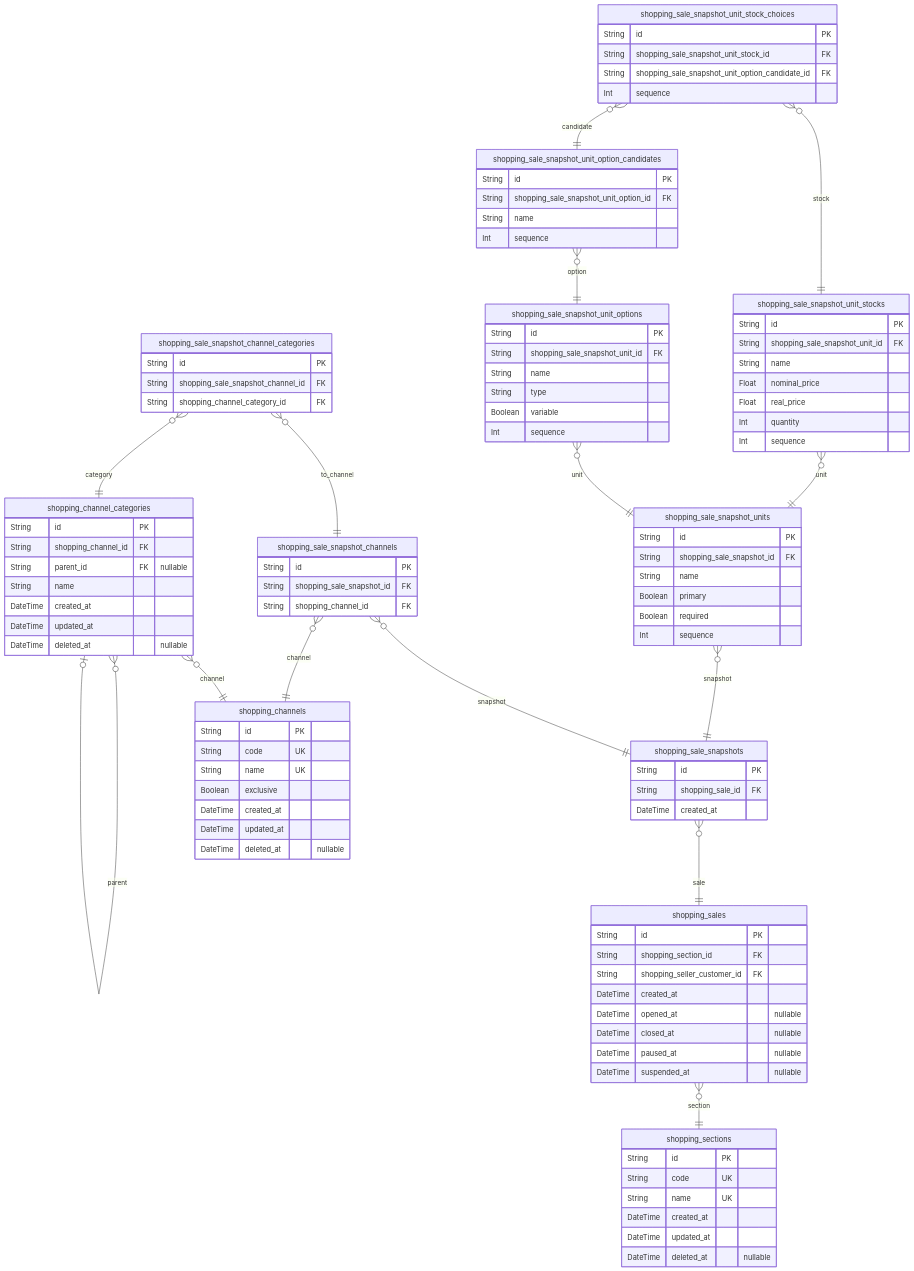
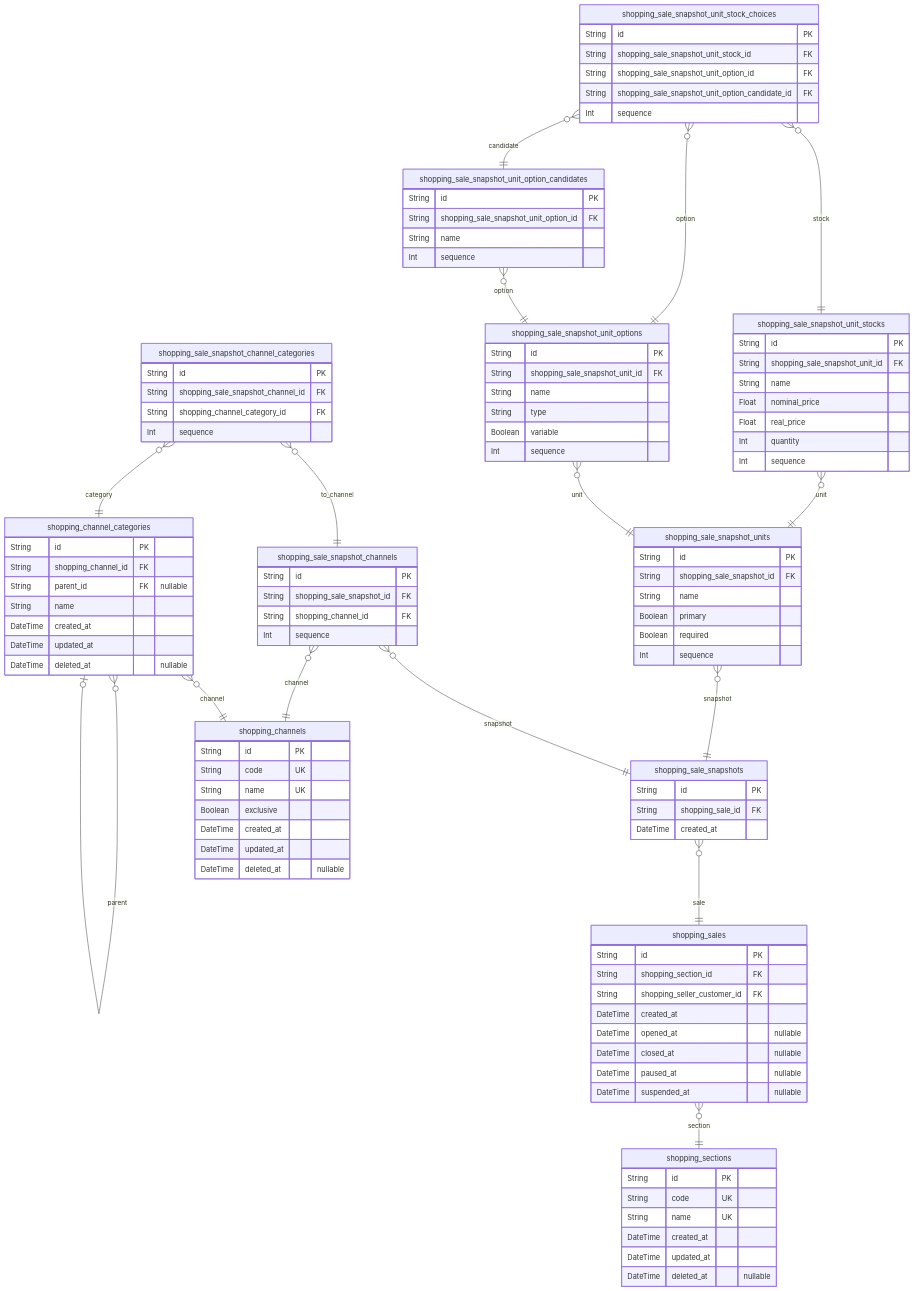
Before and after one commit to samchon/shopping-backend: the fourth of 11 diagrams in docs/ERD.md, drawn with Mermaid. The commit also changed other lines of this file and 16 other files, not shown here.

```diff
--- a/docs/ERD.md
+++ b/docs/ERD.md
@@ -744,11 +747,13 @@
     String id PK
     String shopping_sale_snapshot_id FK
     String shopping_channel_id FK
+    Int sequence
 }
 "shopping_sale_snapshot_channel_categories" {
     String id PK
     String shopping_sale_snapshot_channel_id FK
     String shopping_channel_category_id FK
+    Int sequence
 }
 "shopping_sale_snapshot_units" {
     String id PK
@@ -784,6 +789,7 @@
 "shopping_sale_snapshot_unit_stock_choices" {
     String id PK
     String shopping_sale_snapshot_unit_stock_id FK
+    String shopping_sale_snapshot_unit_option_id FK
     String shopping_sale_snapshot_unit_option_candidate_id FK
     Int sequence
 }
@@ -824,6 +830,7 @@
 "shopping_sale_snapshot_unit_option_candidates" }o--|| "shopping_sale_snapshot_unit_options" : option
 "shopping_sale_snapshot_unit_stocks" }o--|| "shopping_sale_snapshot_units" : unit
 "shopping_sale_snapshot_unit_stock_choices" }o--|| "shopping_sale_snapshot_unit_stocks" : stock
+"shopping_sale_snapshot_unit_stock_choices" }o--|| "shopping_sale_snapshot_unit_options" : option
 "shopping_sale_snapshot_unit_stock_choices" }o--|| "shopping_sale_snapshot_unit_option_candidates" : candidate
 "shopping_channel_categories" }o--|| "shopping_channels" : channel
 "shopping_channel_categories" }o--o| "shopping_channel_categories" : parent
```
